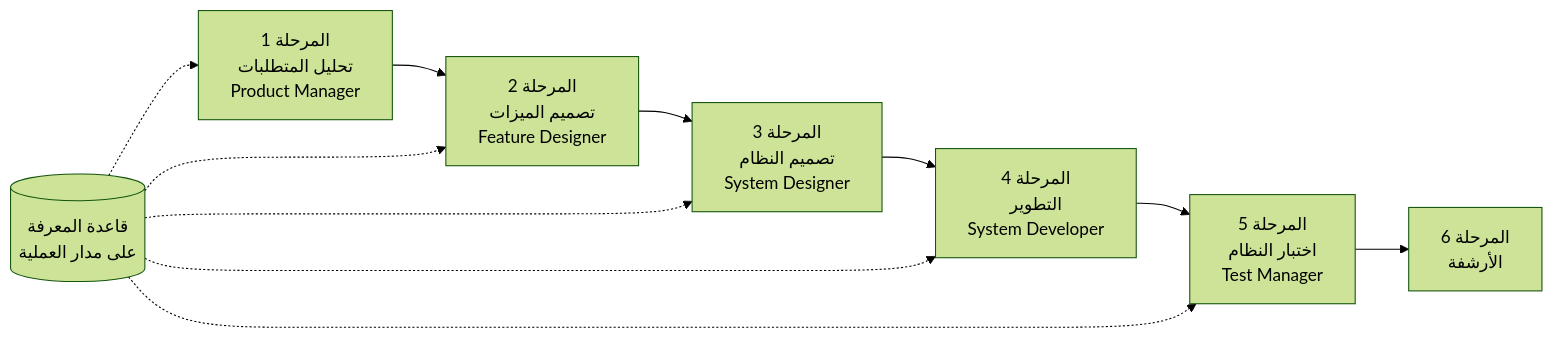
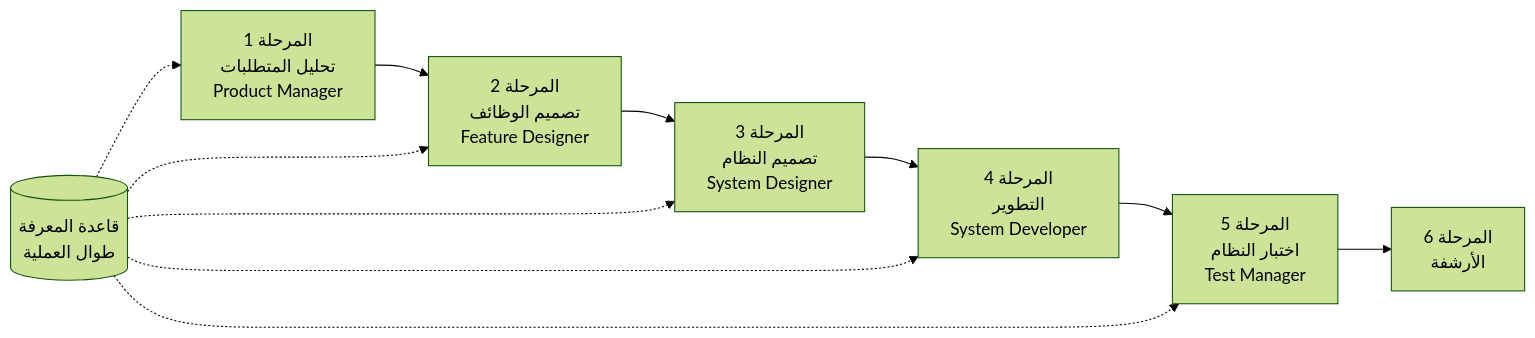
One commit to charlesmu99/speccrew changed the diagram in docs/GETTING-STARTED.ar.md. Above: the diagram before and after it, drawn with Mermaid (forest theme). The commit also changed other lines of this file and 32 other files, not shown here.

````diff
--- a/docs/GETTING-STARTED.ar.md
+++ b/docs/GETTING-STARTED.ar.md
@@ -71,14 +144,14 @@
 ```mermaid
 flowchart LR
-    PRD[المرحلة 1<br/>تحليل المتطلبات<br/>Product Manager] --> FD[المرحلة 2<br/>تصميم الميزات<br/>Feature Designer]
+    PRD[المرحلة 1<br/>تحليل المتطلبات<br/>Product Manager] --> FD[المرحلة 2<br/>تصميم الوظائف<br/>Feature Designer]
     FD --> SD[المرحلة 3<br/>تصميم النظام<br/>System Designer]
     SD --> DEV[المرحلة 4<br/>التطوير<br/>System Developer]
     DEV --> TEST[المرحلة 5<br/>اختبار النظام<br/>Test Manager]
     TEST --> ARCHIVE[المرحلة 6<br/>الأرشفة]
     
-    KB[(قاعدة المعرفة<br/>على مدار العملية)] -.-> PRD
+    KB[(قاعدة المعرفة<br/>طوال العملية)] -.-> PRD
     KB -.-> FD
     KB -.-> SD
     KB -.-> DEV
     KB -.-> TEST
 ```
````
